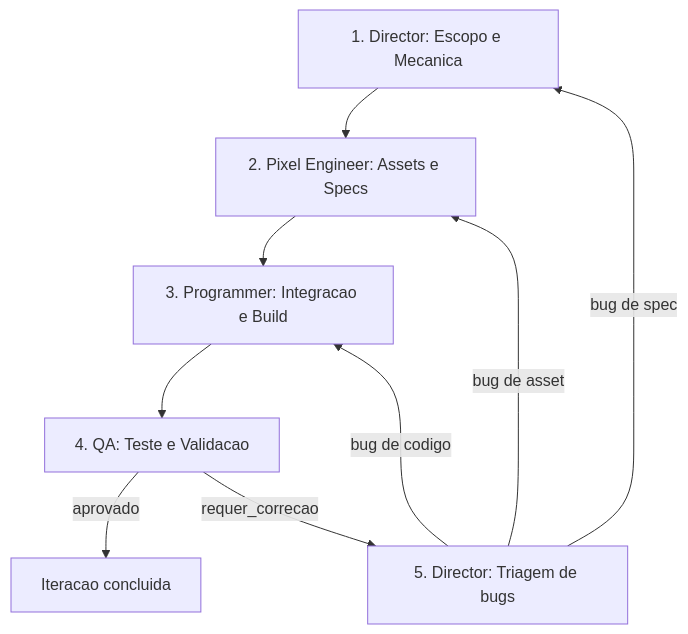
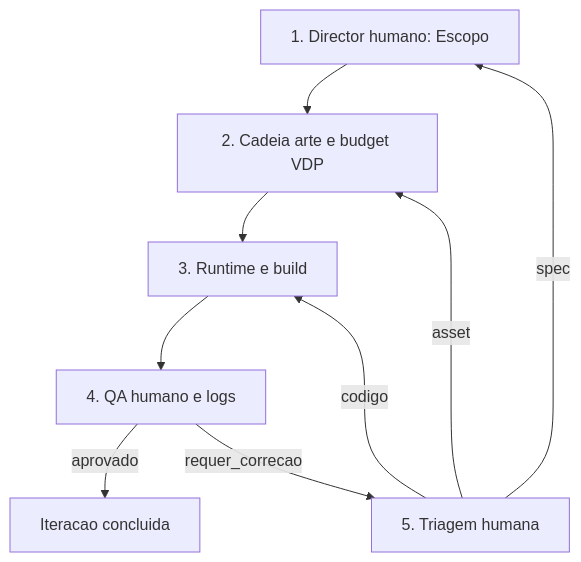
Before and after one commit to Misael-art/SGDK-Forge: the diagram in tools/sgdk_wrapper/.agent/workflows/production-loop.md, drawn with Mermaid. The commit also changed other lines of this file and 320 other files, not shown here.

````diff
--- a/tools/sgdk_wrapper/.agent/workflows/production-loop.md
+++ b/tools/sgdk_wrapper/.agent/workflows/production-loop.md
@@ -81,11 +75,11 @@
 ```mermaid
 flowchart TD
-    director[1. Director: Escopo e Mecanica] --> pixelEngineer[2. Pixel Engineer: Assets e Specs]
-    pixelEngineer --> programmer[3. Programmer: Integracao e Build]
-    programmer --> qa[4. QA: Teste e Validacao]
+    director[1. Director humano: Escopo] --> artChain[2. Cadeia arte e budget VDP]
+    artChain --> programmer[3. Runtime e build]
+    programmer --> qa[4. QA humano e logs]
     qa -->|aprovado| done[Iteracao concluida]
-    qa -->|requer_correcao| triage[5. Director: Triagem de bugs]
-    triage -->|bug de asset| pixelEngineer
-    triage -->|bug de codigo| programmer
-    triage -->|bug de spec| director
+    qa -->|requer_correcao| triage[5. Triagem humana]
+    triage -->|asset| artChain
+    triage -->|codigo| programmer
+    triage -->|spec| director
 ```
````
